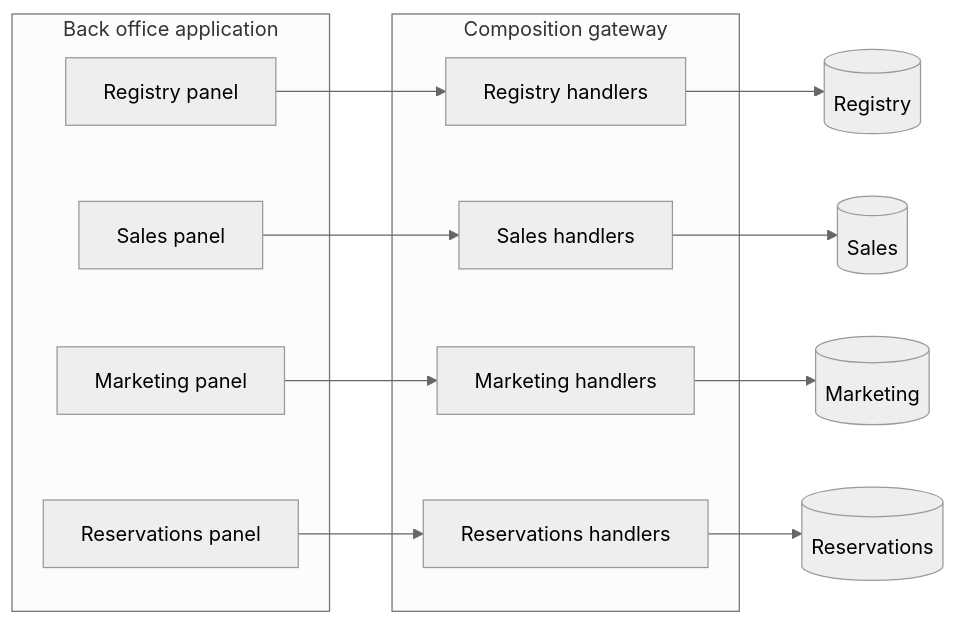
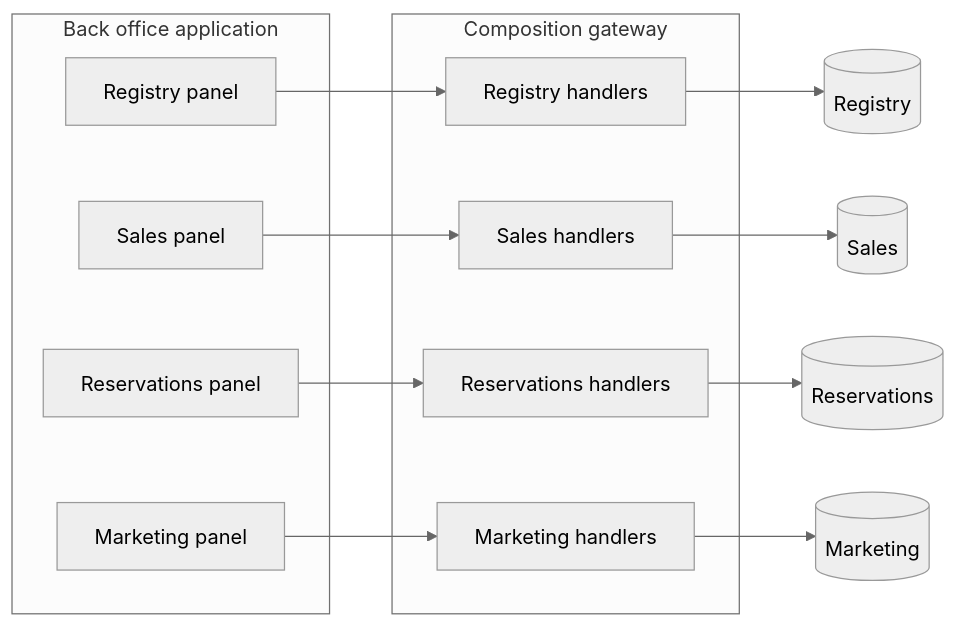
One commit to mauroservienti/milestone.github.io changed the diagram in _drafts/shipping-service-components.md. Above: the diagram before and after it, drawn with Mermaid (neutral theme). The commit also changed other lines of this file, not shown here.

```diff
--- a/_drafts/shipping-service-components.md
+++ b/_drafts/shipping-service-components.md
@@ -63,23 +67,23 @@
 <div class="mermaid">
 flowchart LR
   subgraph BackOffice[Back office application]
     RUI[Registry panel]
     SUI[Sales panel]
+    XUI[Reservations panel]
     MUI[Marketing panel]
-    XUI[Reservations panel]
   end
   subgraph Gateway[Composition gateway]
     RH[Registry handlers]
     SH[Sales handlers]
+    XH[Reservations handlers]
     MH[Marketing handlers]
-    XH[Reservations handlers]
   end
   RUI --> RH
   SUI --> SH
+  XUI --> XH
   MUI --> MH
-  XUI --> XH
   RH --> R[(Registry)]
   SH --> S[(Sales)]
+  XH --> X[(Reservations)]
   MH --> M[(Marketing)]
-  XH --> X[(Reservations)]
 </div>
```
